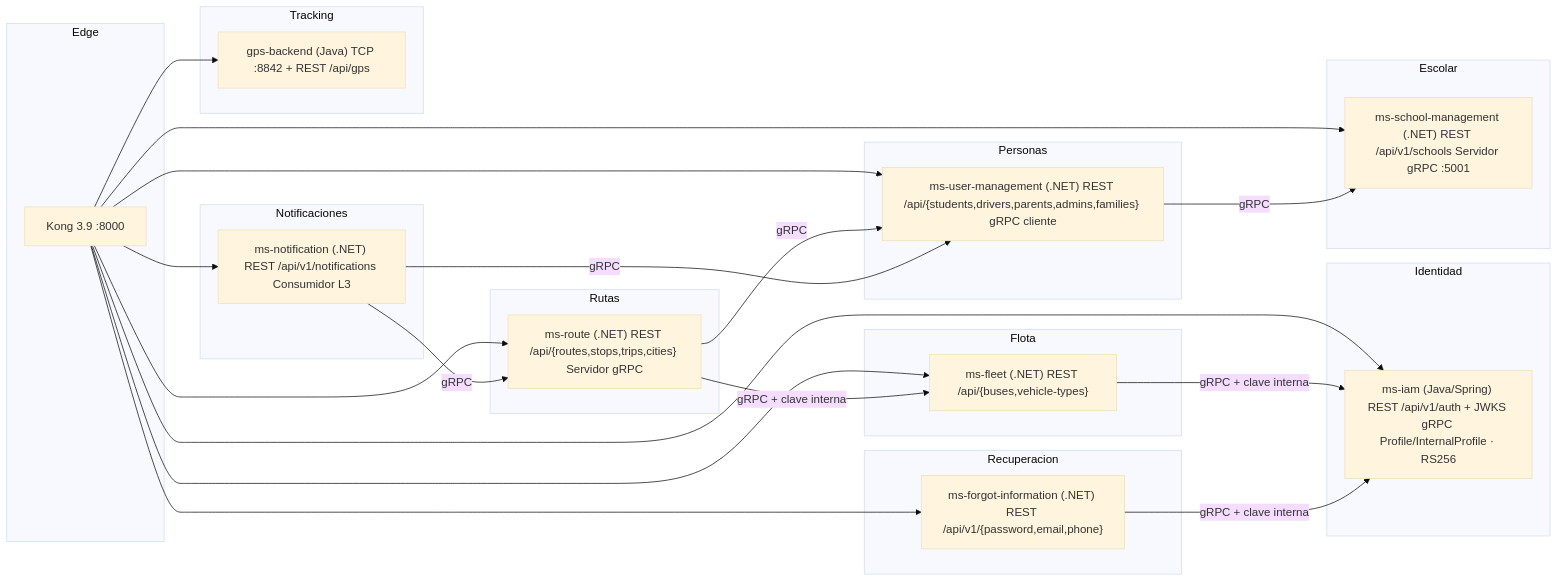
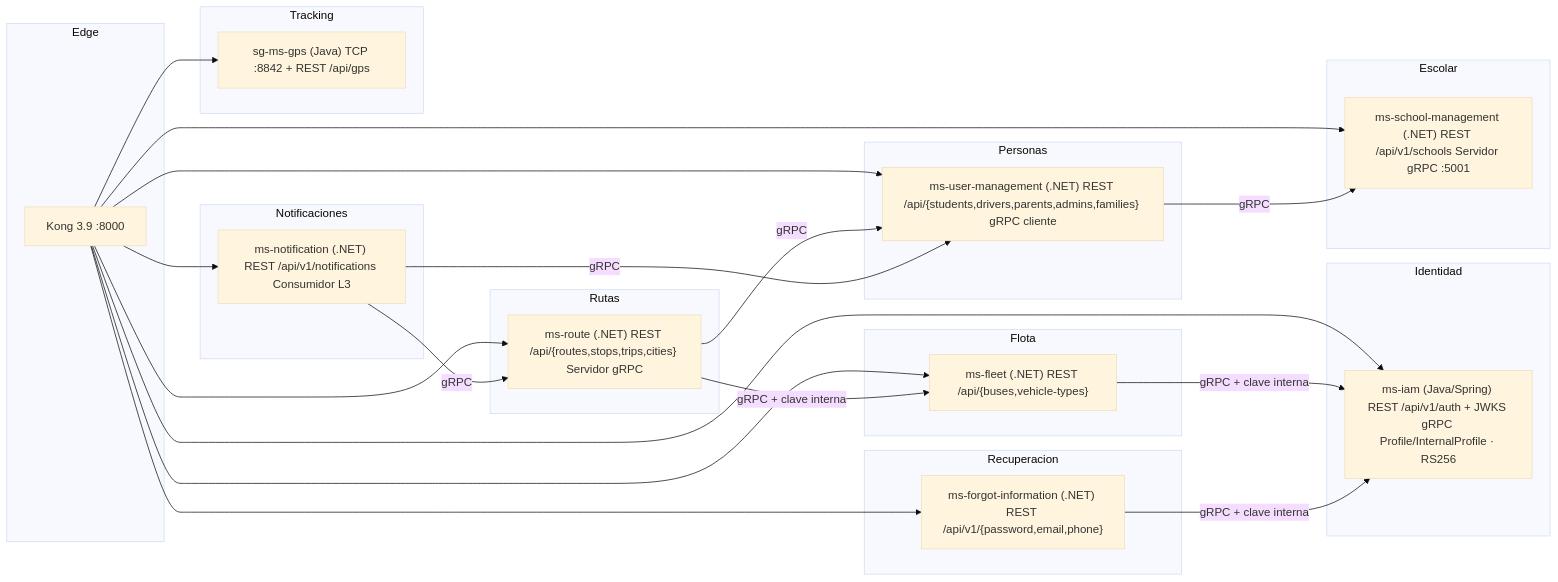
One commit to code-sena/ADSO-3145556 changed the third of 12 diagrams in 04-final-delivery/03-school-guardian/08-manuals/technical-manual.md. Above: the diagram before and after it, drawn with Mermaid (base theme). The commit also changed other lines of this file and 8 other files, not shown here.

````diff
--- a/04-final-delivery/03-school-guardian/08-manuals/technical-manual.md
+++ b/04-final-delivery/03-school-guardian/08-manuals/technical-manual.md
@@ -288,37 +289,37 @@
 ```mermaid
 flowchart LR
     subgraph Edge
         KONG[Kong 3.9 :8000]
     end
     subgraph Identidad
         IAM["ms-iam (Java/Spring) REST /api/v1/auth + JWKS gRPC Profile/InternalProfile · RS256"]
     end
     subgraph Personas
         UMU["ms-user-management (.NET) REST /api/{students,drivers,parents,admins,families} gRPC cliente"]
     end
     subgraph Escolar
         SCH["ms-school-management (.NET) REST /api/v1/schools Servidor gRPC :5001"]
     end
     subgraph Flota
         FLT["ms-fleet (.NET) REST /api/{buses,vehicle-types}"]
     end
     subgraph Rutas
         ROU["ms-route (.NET) REST /api/{routes,stops,trips,cities} Servidor gRPC"]
     end
     subgraph Notificaciones
         NOT["ms-notification (.NET) REST /api/v1/notifications Consumidor L3"]
     end
     subgraph Recuperacion
         FOR["ms-forgot-information (.NET) REST /api/v1/{password,email,phone}"]
     end
     subgraph Tracking
-        GPS["gps-backend (Java) TCP :8842 + REST /api/gps"]
+        GPS["sg-ms-gps (Java) TCP :8842 + REST /api/gps"]
     end
     KONG --> IAM & UMU & SCH & FLT & ROU & NOT & FOR & GPS
     UMU -->|gRPC| SCH
     FLT -->|gRPC + clave interna| IAM
     ROU -->|gRPC + clave interna| FLT
     ROU -->|gRPC| UMU
     NOT -->|gRPC| UMU & ROU
     FOR -->|gRPC + clave interna| IAM
 ```
````
